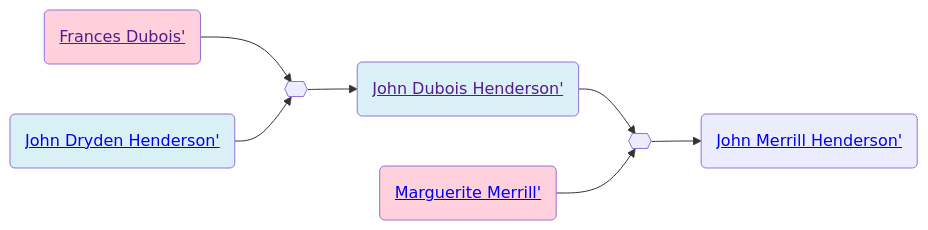
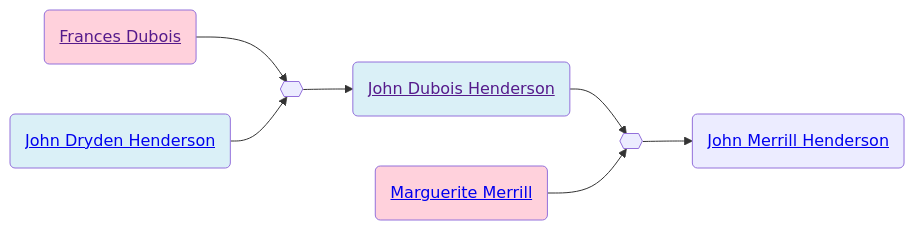
One commit to neelsmith/avocational changed the second of 2 diagrams in familyhistory/sources/people/Henderson-line/Dubois-line/Frances_Dubois.qmd. Above: the diagram before and after it, drawn with Mermaid. The commit also changed other lines of this file and 96 other files, not shown here.

````diff
--- a/familyhistory/sources/people/Henderson-line/Dubois-line/Frances_Dubois.qmd
+++ b/familyhistory/sources/people/Henderson-line/Dubois-line/Frances_Dubois.qmd
@@ -43,20 +43,20 @@
 ```{mermaid}
 graph LR
 %% LR descendant diagram
 class Frances_Dubois_and_John_Dryden_Henderson marriage
-Frances_Dubois(<a href=''>Frances Dubois'</>) --> Frances_Dubois_and_John_Dryden_Henderson{{ }}
-John_Dryden_Henderson(<a href='./../John_Dryden_Henderson.html'>John Dryden Henderson'</>) --> Frances_Dubois_and_John_Dryden_Henderson{{ }}
+Frances_Dubois(<a href=''>Frances Dubois</a>) --> Frances_Dubois_and_John_Dryden_Henderson{{ }}
+John_Dryden_Henderson(<a href='./../John_Dryden_Henderson.html'>John Dryden Henderson</a>) --> Frances_Dubois_and_John_Dryden_Henderson{{ }}
 class John_Dryden_Henderson father
 class Frances_Dubois mother
-Frances_Dubois_and_John_Dryden_Henderson{{ }} --> John_Dubois_Henderson(<a href='./../John_Dubois_Henderson.html'>John Dubois Henderson'</>)
+Frances_Dubois_and_John_Dryden_Henderson{{ }} --> John_Dubois_Henderson(<a href='./../John_Dubois_Henderson.html'>John Dubois Henderson</a>)
 class John_Dubois_Henderson_and_Marguerite_Merrill marriage
-John_Dubois_Henderson(<a href=''>John Dubois Henderson'</>) --> John_Dubois_Henderson_and_Marguerite_Merrill{{ }}
-Marguerite_Merrill(<a href='./../Merrill-line/Marguerite_Merrill.html'>Marguerite Merrill'</>) --> John_Dubois_Henderson_and_Marguerite_Merrill{{ }}
+John_Dubois_Henderson(<a href=''>John Dubois Henderson</a>) --> John_Dubois_Henderson_and_Marguerite_Merrill{{ }}
+Marguerite_Merrill(<a href='./../Merrill-line/Marguerite_Merrill.html'>Marguerite Merrill</a>) --> John_Dubois_Henderson_and_Marguerite_Merrill{{ }}
 class John_Dubois_Henderson father
 class Marguerite_Merrill mother
-John_Dubois_Henderson_and_Marguerite_Merrill{{ }} --> John_Merrill_Henderson(<a href='./John_Merrill_Henderson.html'>John Merrill Henderson'</>)
+John_Dubois_Henderson_and_Marguerite_Merrill{{ }} --> John_Merrill_Henderson(<a href='./John_Merrill_Henderson.html'>John Merrill Henderson</a>)
 classDef mother fill:#ffd1dc
 classDef father fill:#daf0f7  
 classDef marriage fill:#ffffff
 
 ```
````
